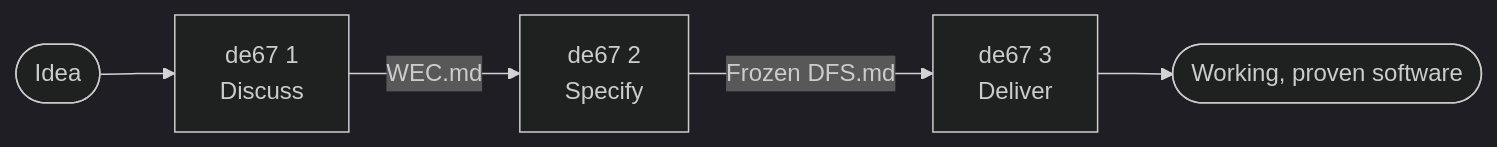
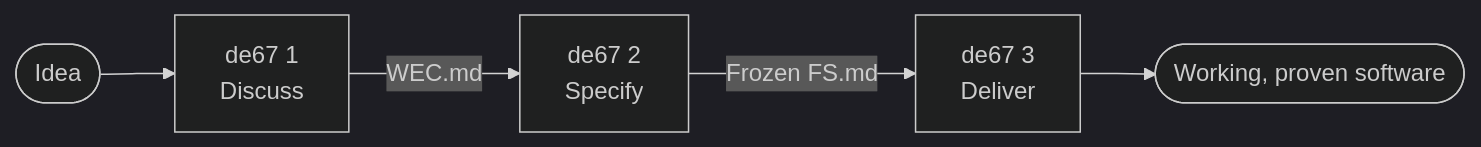
One commit to josihosi/de67 changed the first of 3 diagrams in docs/how-de67-works.md. Above: the diagram before and after it, drawn with Mermaid (dark theme). The commit also changed other lines of this file and 41 other files, not shown here.

````diff
--- a/docs/how-de67-works.md
+++ b/docs/how-de67-works.md
@@ -8,7 +8,7 @@
 ```mermaid
 flowchart LR
     Idea([Idea]) --> P1["de67 1<br/>Discuss"]
     P1 -->|WEC.md| P2["de67 2<br/>Specify"]
-    P2 -->|Frozen DFS.md| P3["de67 3<br/>Deliver"]
+    P2 -->|Frozen FS.md| P3["de67 3<br/>Deliver"]
     P3 --> Product([Working, proven software])
 ```
````
